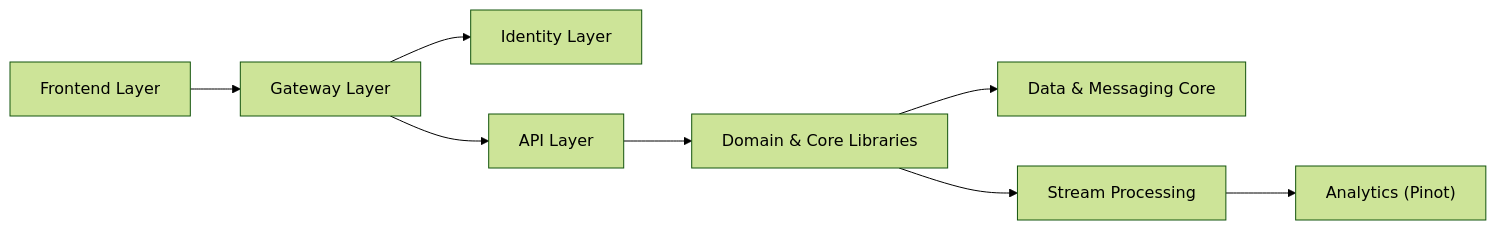
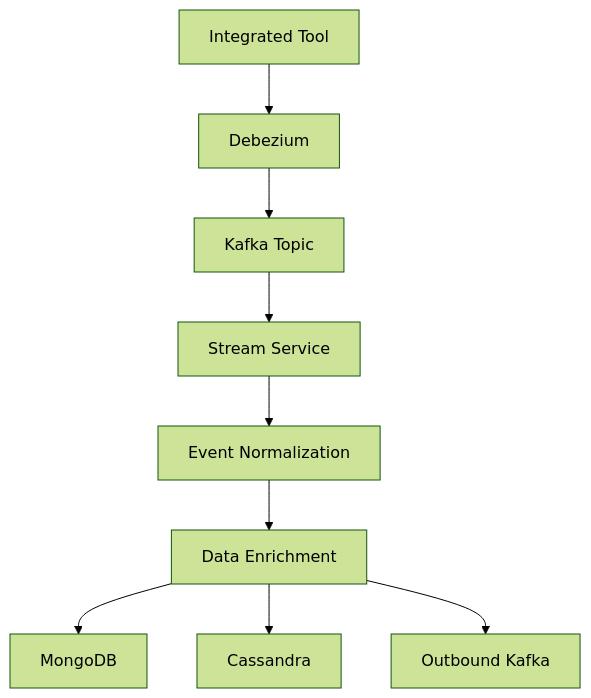
The third of 8 diagrams in docs/architecture/README.md (Praesto-Pro/openframe-oss-tenant), drawn with Mermaid (forest theme) before and after one commit. The commit also changed other lines of this file and 174 other files, not shown here.

````diff
--- a/docs/architecture/README.md
+++ b/docs/architecture/README.md
@@ -110,10 +116,12 @@
 ```mermaid
-flowchart LR
-    Frontend["Frontend Layer"] --> Edge["Gateway Layer"]
-    Edge --> Identity["Identity Layer"]
-    Edge --> ApiLayer["API Layer"]
-    ApiLayer --> Domain["Domain & Core Libraries"]
-    Domain --> Data["Data & Messaging Core"]
-    Domain --> Streaming["Stream Processing"]
-    Streaming --> Analytics["Analytics (Pinot)"]
+flowchart TD
+    Tool["Integrated Tool"] --> Debezium["Debezium"]
+    Debezium --> Kafka["Kafka Topic"]
+    Kafka --> Stream["Stream Service"]
+
+    Stream --> Normalize["Event Normalization"]
+    Normalize --> Enrich["Data Enrichment"]
+    Enrich --> Mongo["MongoDB"]
+    Enrich --> Cassandra["Cassandra"]
+    Enrich --> KafkaOut["Outbound Kafka"]
 ```
````
